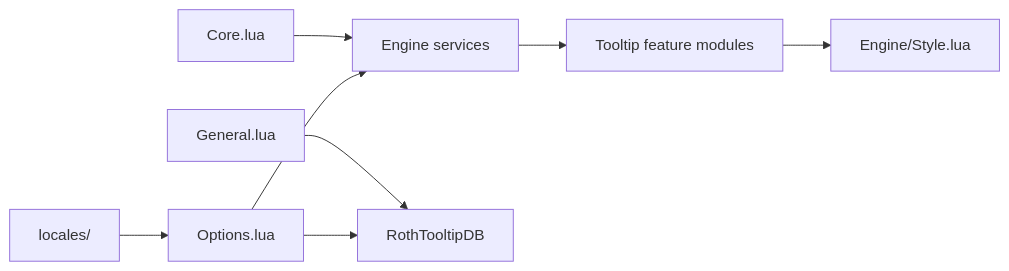
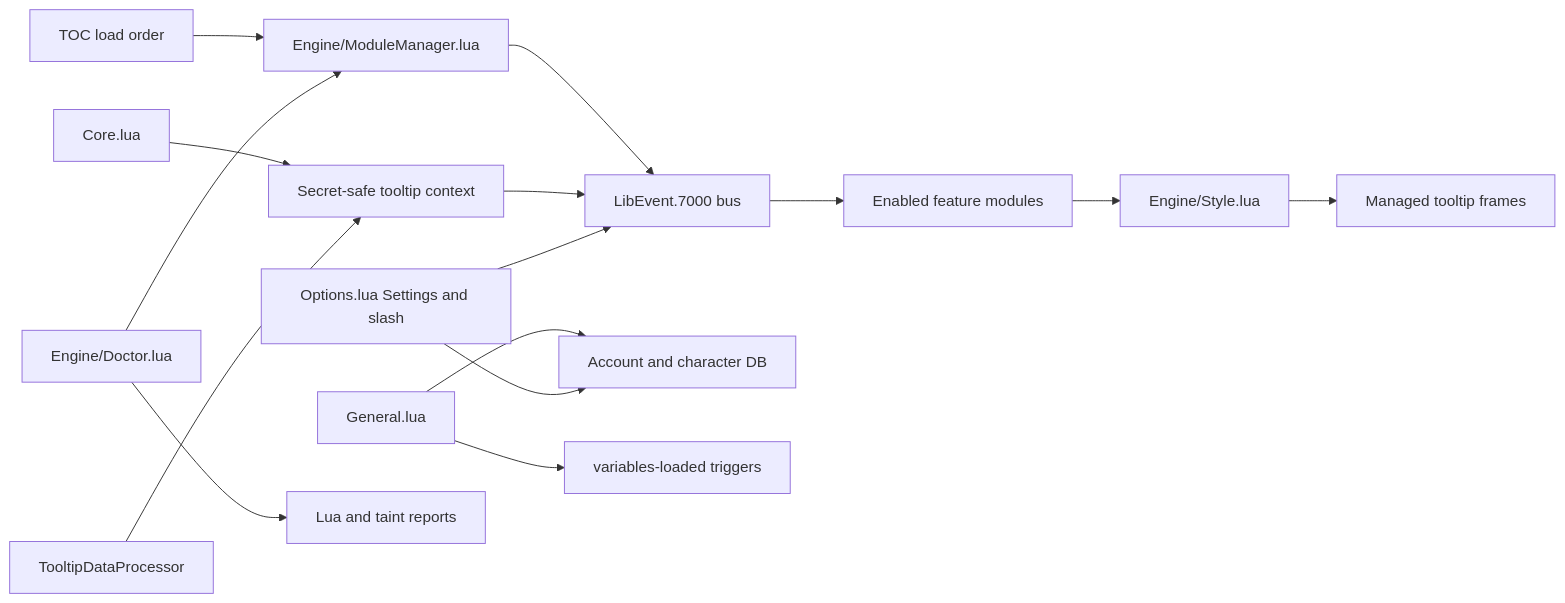
One commit to UnknownAlienHuman/roth-tooltip changed the diagram in CODE_GRAPH.md. Above: the diagram before and after it, drawn with Mermaid. The commit also changed 4 other files, not shown here.

Commit message:
Publish Roth Tooltip from WoWDevAddons e27683052380

````diff
--- a/CODE_GRAPH.md
+++ b/CODE_GRAPH.md
@@ -3,10 +3,17 @@
 ```mermaid
 flowchart LR
-  Core[Core.lua] --> Engine[Engine services]
-  General[General.lua] --> DB[RothTooltipDB]
-  Engine --> Modules[Tooltip feature modules]
+  TOC[TOC load order] --> MM[Engine/ModuleManager.lua]
+  MM --> Bus[LibEvent.7000 bus]
+  Core[Core.lua] --> Context[Secret-safe tooltip context]
+  TDP[TooltipDataProcessor] --> Context
+  Context --> Bus
+  General[General.lua] --> DB[Account and character DB]
+  General --> Vars[variables-loaded triggers]
+  Bus --> Modules[Enabled feature modules]
   Modules --> Style[Engine/Style.lua]
-  Options[Options.lua] --> DB
-  Options --> Engine
-  Locales[locales/] --> Options
+  Style --> Tooltips[Managed tooltip frames]
+  Options[Options.lua Settings and slash] --> DB
+  Options --> Bus
+  Doctor[Engine/Doctor.lua] --> MM
+  Doctor --> Errors[Lua and taint reports]
 ```
````
